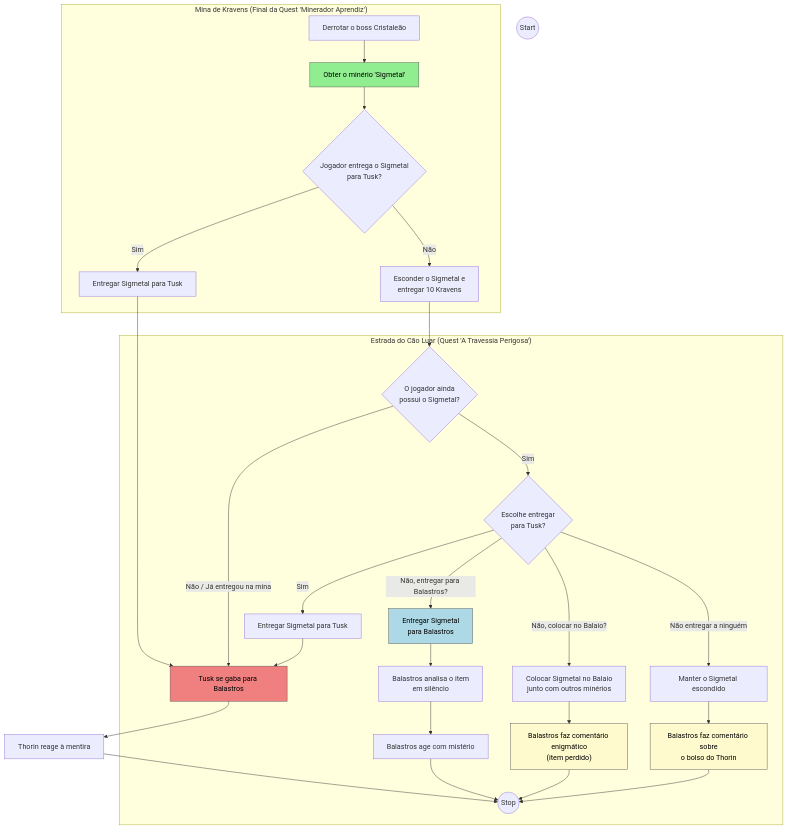
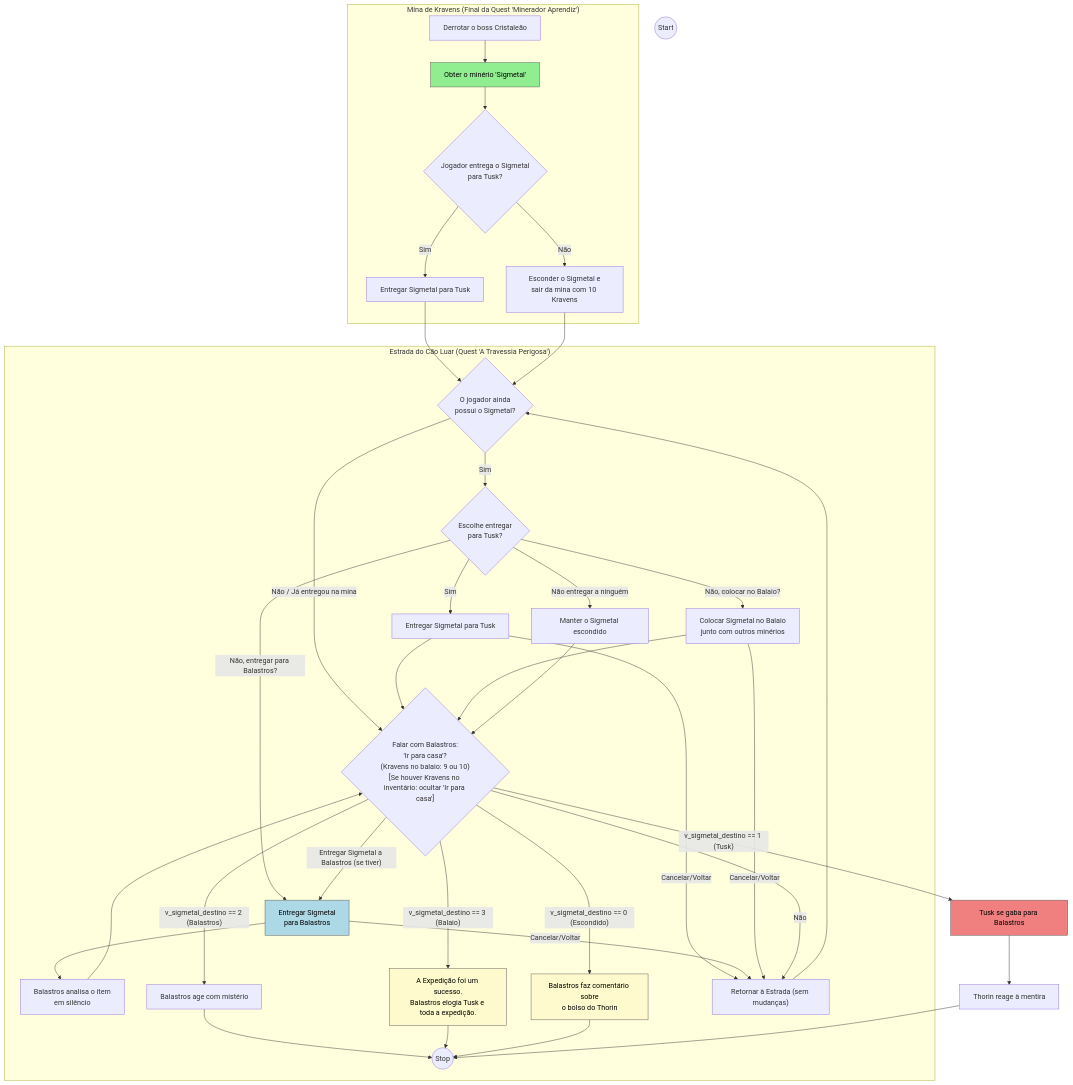
One commit to edneyreis999/gerador-documentacao-daratrine-origem changed the diagram in Quests/7-travessia-perigosa/fluxo-sigmetal.md. Above: the diagram before and after it, drawn with Mermaid. The commit also changed 3 other files, not shown here.

Commit message:
feat: Add Grumak persona and interaction prompt for auditing Mermaid quest flows

````diff
--- a/Quests/7-travessia-perigosa/fluxo-sigmetal.md
+++ b/Quests/7-travessia-perigosa/fluxo-sigmetal.md
@@ -16,6 +16,10 @@
 START((Start))
 END((Stop))
 
+%% ---- Estado/Variáveis ----
+%% v_sigmetal_destino: 0=Player (escondido) | 1=Tusk | 2=Balastros | 3=Balaio
+%% Checagem de encerramento usa inventário: Kravens removidos do inventário => no balaio
+
 %% =====================================================
 %% Partição: Mina de Kravens (Final da Quest "Minerador Aprendiz")
 %% =====================================================
@@ -23,17 +27,18 @@
     A1["Derrotar o boss Cristaleão"]
     A2["Obter o minério 'Sigmetal'"]:::green
 
-    %% Nota: O jogador agora possui o item de quest.
+    %% Nota/Vars: O jogador agora possui o item de quest.
+    %%  PLAYER_HAS_SIGMETAL=true; v_sigmetal_destino=0
 
     A3{"Jogador entrega o Sigmetal<br>para Tusk?"}
 
     A4["Entregar Sigmetal para Tusk"]
-    %% Flags (puml note):
-    %%  PLAYER_HAS_SIGMETAL=false; TUSK_CREDIT=true
+    %% Flags/Vars:
+    %%  PLAYER_HAS_SIGMETAL=false; TUSK_CREDIT=true; v_sigmetal_destino=1
 
-    A5["Esconder o Sigmetal e<br>entregar 10 Kravens"]
-    %% Flags (puml note):
-    %%  PLAYER_HAS_SIGMETAL=true; TUSK_CREDIT=false
+    A5["Esconder o Sigmetal e<br>sair da mina com 10 Kravens"]
+    %% Flags/Vars:
+    %%  PLAYER_HAS_SIGMETAL=true; TUSK_CREDIT=false; v_sigmetal_destino=0
 
     A1 --> A2
     A2 --> A3
@@ -41,8 +46,8 @@
     A3 -- "Não" --> A5
 end
 
-%% Se entregou na mina, vai direto para a cena de crédito do Tusk
-A4 --> C1
+%% Se entregou na mina, segue viagem até a Estrada (Tusk fica com o Sigmetal)
+A4 --> B1
 
 %% Se escondeu, prossegue (viagem/combates etc.)
 A5 --> B1
@@ -56,25 +61,26 @@
     %% --- Ramo SIM: múltiplas decisões ---
     B2{"Escolhe entregar<br>para Tusk?"}
     B3["Entregar Sigmetal para Tusk"]
+    %% Vars: v_sigmetal_destino=1; PLAYER_HAS_SIGMETAL=false
 
     B4["Entregar Sigmetal<br>para Balastros"]:::blue
+    %% Vars: v_sigmetal_destino=2; PLAYER_HAS_SIGMETAL=false; BALASTROS_KNOWS=true
     B5["Balastros analisa o item<br>em silêncio"]
     B6["Balastros age com mistério"]
-    %% Flags:
-    %%  PLAYER_HAS_SIGMETAL=false; BALASTROS_KNOWS=true
+    %% Nota: B5/B6 são cenas; não alteram estado
 
     B7["Colocar Sigmetal no Balaio<br>junto com outros minérios"]
-    B8["Balastros faz comentário enigmático<br>(item perdido)"]:::yellow
-    %% Flags:
-    %%  PLAYER_HAS_SIGMETAL=false; SIGMETAL_LOST_TO_CHEST=true
+    B8["A Expedição foi um sucesso.<br>Balastros elogia Tusk e toda a expedição."]:::yellow
+    %% Flags/Vars:
+    %%  PLAYER_HAS_SIGMETAL=false; SIGMETAL_LOST_TO_CHEST=true; v_sigmetal_destino=3
 
     B9["Manter o Sigmetal escondido"]
     B10["Balastros faz comentário sobre<br>o bolso do Thorin"]:::yellow
-    %% Flags:
-    %%  PLAYER_HAS_SIGMETAL=true
+    %% Flags/Vars:
+    %%  PLAYER_HAS_SIGMETAL=true; v_sigmetal_destino=0
 
-    %% --- Ramo NÃO: já entregou antes, observa a consequência ---
-    B1 -- "Não / Já entregou na mina" --> C1
+    %% --- Ramo NÃO: já entregou antes (Tusk ficou com o Sigmetal) ---
+    B1 -- "Não / Já entregou na mina" --> D1
 
     %% Encadeamentos do ramo SIM
     B1 -- "Sim" --> B2
@@ -84,14 +90,19 @@
     B2 -- "Não entregar a ninguém" --> B9
 
     %% Desdobramentos dos caminhos alternativos
-    B3 --> C1
+    B3 --> D1
     B4 --> B5
-    B5 --> B6
+    B5 --> D1
     B6 --> END
-    B7 --> B8
+    B7 --> D1
     B8 --> END
-    B9 --> B10
+    B9 --> D1
     B10 --> END
+
+    %% Opções de cancelar/voltar nas interações
+    B3 -- "Cancelar/Voltar" --> R0
+    B4 -- "Cancelar/Voltar" --> R0
+    B7 -- "Cancelar/Voltar" --> R0
 end
 
 %% =====================================================
@@ -100,6 +111,26 @@
 C1["Tusk se gaba para Balastros"]:::coral
 C2["Thorin reage à mentira"]
 
+%% =====================================================
+%% Gate de Encerramento: Falar com Balastros e 'Ir para casa'
+%% (pré-requisito: Kravens no balaio — itens removidos do inventário)
+%% =====================================================
+D1{"Falar com Balastros:\n'Ir para casa'?\n(Kravens no balaio: 9 ou 10)\n[Se houver Kravens no inventário: ocultar 'Ir para casa']"}
+
+%% Saídas condicionais (inventário de Kravens vazio e v_sigmetal_destino)
+D1 -- "v_sigmetal_destino == 1 (Tusk)" --> C1
+D1 -- "v_sigmetal_destino == 2 (Balastros)" --> B6
+D1 -- "v_sigmetal_destino == 3 (Balaio)" --> B8
+D1 -- "v_sigmetal_destino == 0 (Escondido)" --> B10
+
+%% Opção dentro do diálogo de Balastros para entregar o Sigmetal (se possuir)
+D1 -- "Entregar Sigmetal a Balastros (se tiver)" --> B4
+
+%% Opção de retorno sem encerrar a missão
+D1 -- "Não" --> R0
+R0["Retornar à Estrada (sem mudanças)"]
+R0 --> B1
+
 C1 --> C2
 C2 --> END
 ```
````
